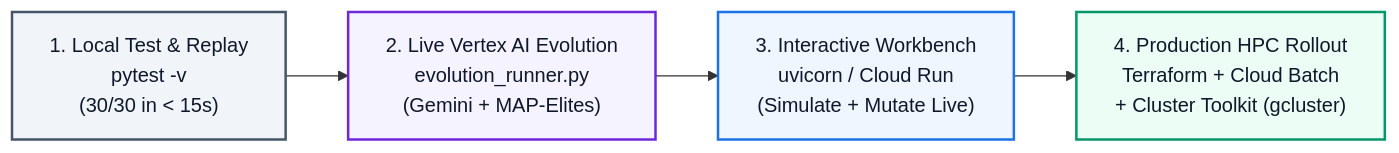
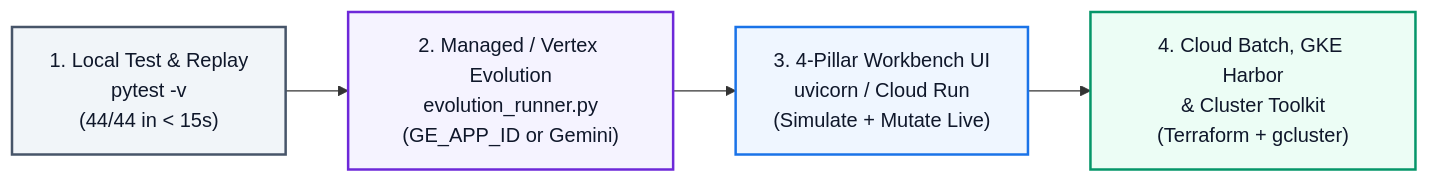
The diagram in README.md (saffiali/alphaevolve-hpc-cluster-optimization), drawn with Mermaid before and after one commit. The commit also changed other lines of this file and 54 other files, not shown here.

Commit message:
Add Pillar 4 Harbor Agent Skill Optimizer, Managed Discovery Engine adapter & GKE Harbor/Ray IaC

````diff
--- a/README.md
+++ b/README.md
@@ -75,11 +95,11 @@
 ```mermaid
 flowchart LR
     classDef s1 fill:#f1f5f9,stroke:#475569,stroke-width:2px,color:#0f172a
     classDef s2 fill:#f5f3ff,stroke:#6d28d9,stroke-width:2px,color:#0f172a
     classDef s3 fill:#eff6ff,stroke:#1a73e8,stroke-width:2px,color:#0f172a
     classDef s4 fill:#ecfdf5,stroke:#059669,stroke-width:2px,color:#0f172a
 
-    A["1. Local Test & Replay\npytest -v\n(30/30 in < 15s)"]:::s1 --> B["2. Live Vertex AI Evolution\nevolution_runner.py\n(Gemini + MAP-Elites)"]:::s2
-    B --> C["3. Interactive Workbench\nuvicorn / Cloud Run\n(Simulate + Mutate Live)"]:::s3
-    C --> D["4. Production HPC Rollout\nTerraform + Cloud Batch\n+ Cluster Toolkit (gcluster)"]:::s4
+    A["1. Local Test & Replay\npytest -v\n(44/44 in < 15s)"]:::s1 --> B["2. Managed / Vertex Evolution\nevolution_runner.py\n(GE_APP_ID or Gemini)"]:::s2
+    B --> C["3. 4-Pillar Workbench UI\nuvicorn / Cloud Run\n(Simulate + Mutate Live)"]:::s3
+    C --> D["4. Cloud Batch, GKE Harbor\n& Cluster Toolkit\n(Terraform + gcluster)"]:::s4
 ```
````
